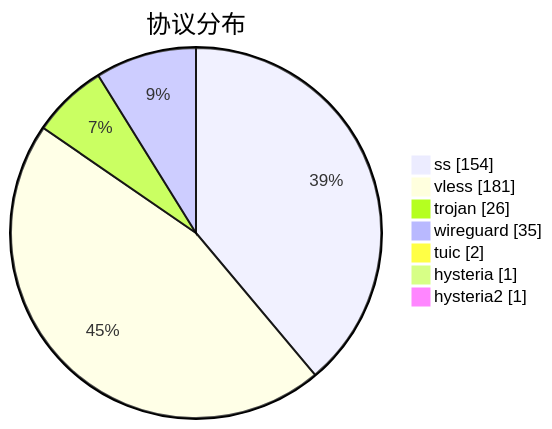
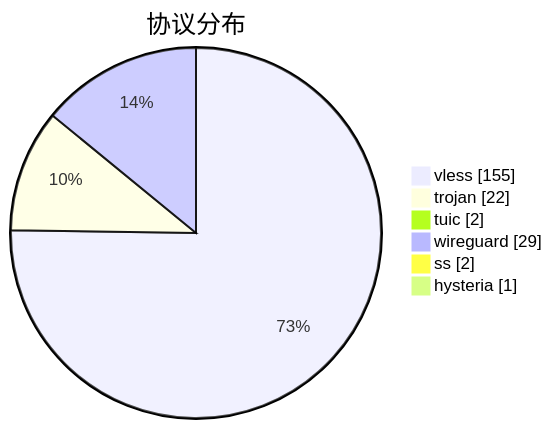
Before and after one commit to qjlxg/airport: the third of 3 diagrams in subs/statistics/tested_within.md, drawn with Mermaid. The commit also changed other lines of this file and 2 other files, not shown here.

````diff
--- a/subs/statistics/tested_within.md
+++ b/subs/statistics/tested_within.md
@@ -32,11 +30,10 @@
 ```mermaid
 pie showData
 title 协议分布
-"ss" : 154
-"vless" : 181
-"trojan" : 26
-"wireguard" : 35
+"vless" : 155
+"trojan" : 22
 "tuic" : 2
+"wireguard" : 29
+"ss" : 2
 "hysteria" : 1
-"hysteria2" : 1
 ```
````
